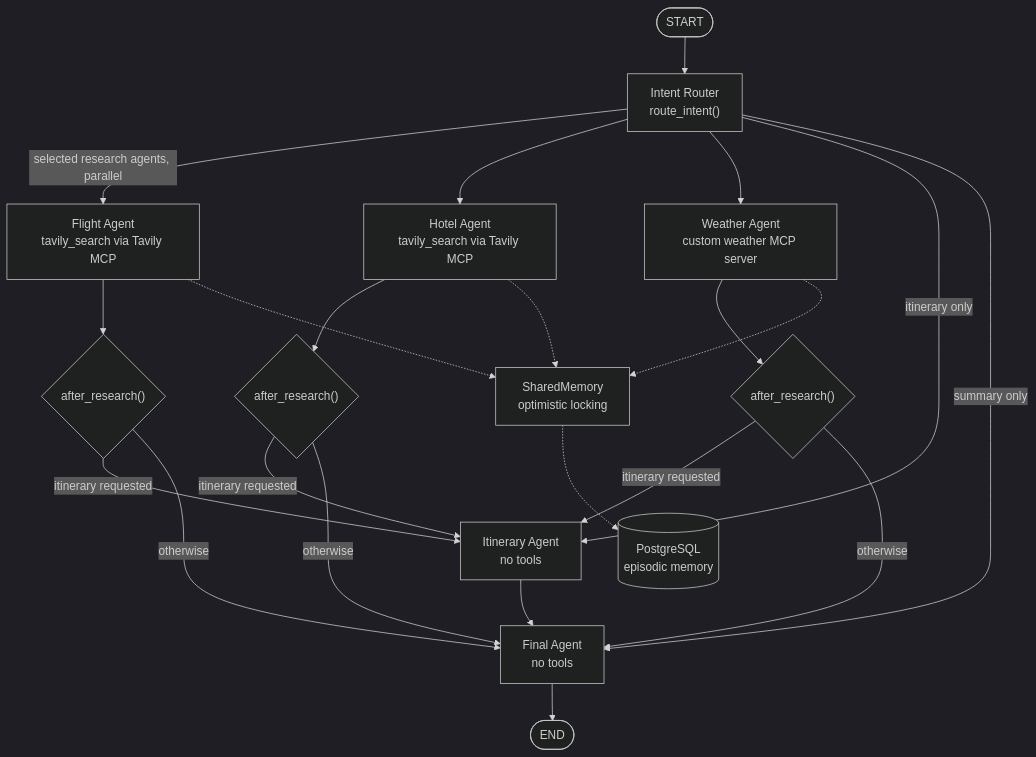
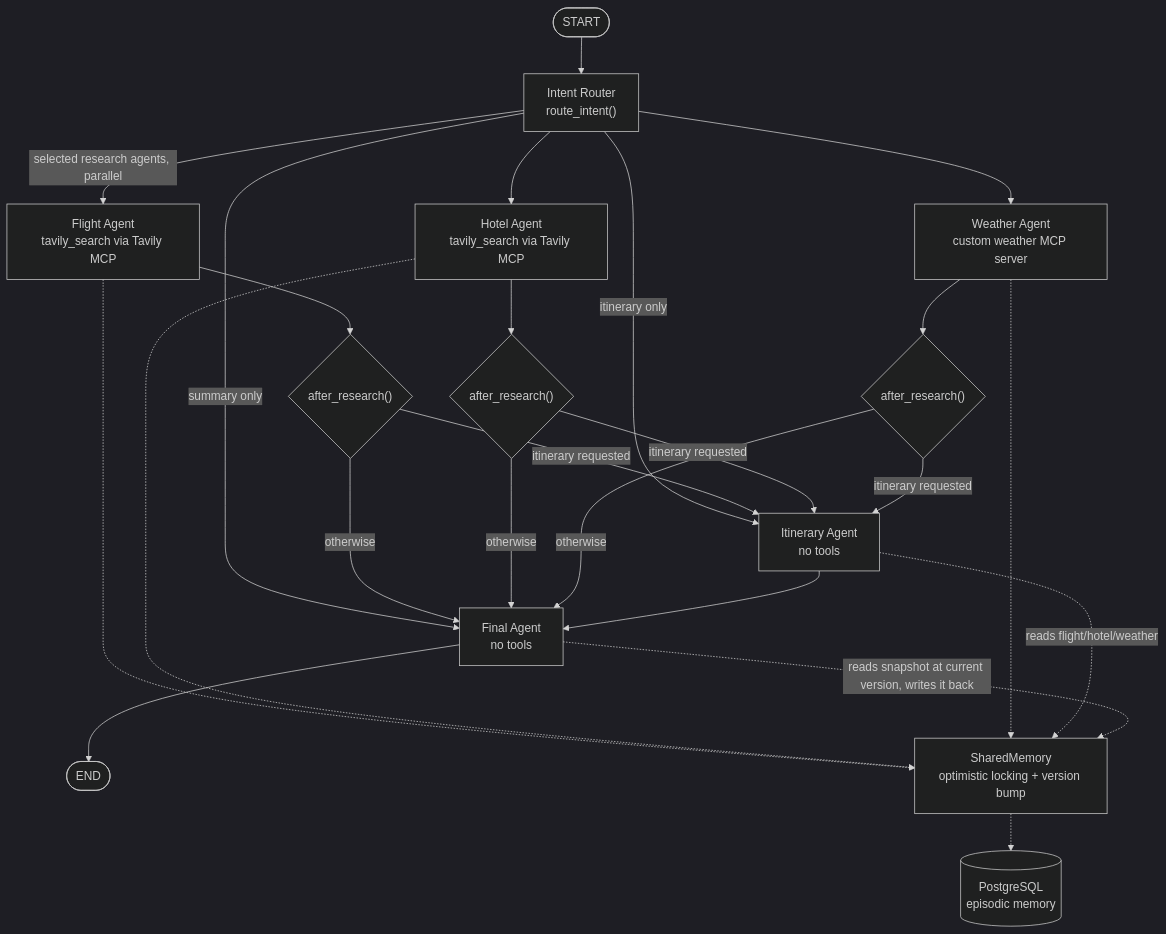
Before and after one commit to mohamed2012004/Travel-Mate-AI: the second of 2 diagrams in README.md, drawn with Mermaid (dark theme). The commit also changed other lines of this file, not shown here.

Commit message:
docs: Update README to clarify shared memory and versioning in itinerary planning

````diff
--- a/README.md
+++ b/README.md
@@ -83,27 +83,29 @@
 ```mermaid
 flowchart TD
     START([START]) --> Router["Intent Router<br/>route_intent()"]
     Router -->|selected research agents, parallel| Flight["Flight Agent<br/>tavily_search via Tavily MCP"]
     Router --> Hotel["Hotel Agent<br/>tavily_search via Tavily MCP"]
     Router --> Weather["Weather Agent<br/>custom weather MCP server"]
     Router -->|itinerary only| Itinerary["Itinerary Agent<br/>no tools"]
     Router -->|summary only| Final["Final Agent<br/>no tools"]
 
     Flight --> After1{"after_research()"}
     Hotel --> After2{"after_research()"}
     Weather --> After3{"after_research()"}
     After1 -->|itinerary requested| Itinerary
     After2 -->|itinerary requested| Itinerary
     After3 -->|itinerary requested| Itinerary
     After1 -->|otherwise| Final
     After2 -->|otherwise| Final
     After3 -->|otherwise| Final
 
     Itinerary --> Final
     Final --> END([END])
 
-    Flight -.-> SM["SharedMemory<br/>optimistic locking"]
+    Flight -.-> SM["SharedMemory<br/>optimistic locking + version bump"]
     Hotel -.-> SM
     Weather -.-> SM
+    Itinerary -.->|reads flight/hotel/weather| SM
+    Final -.->|reads snapshot at current version, writes it back| SM
     SM -.-> PG[("PostgreSQL<br/>episodic memory")]
 ```
````
